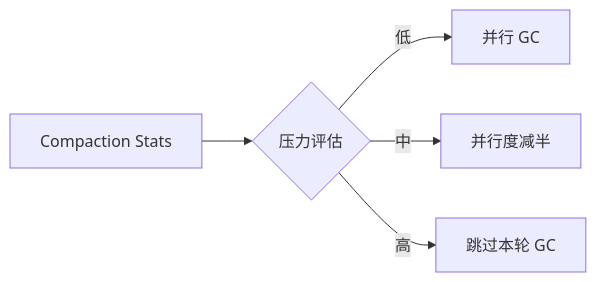
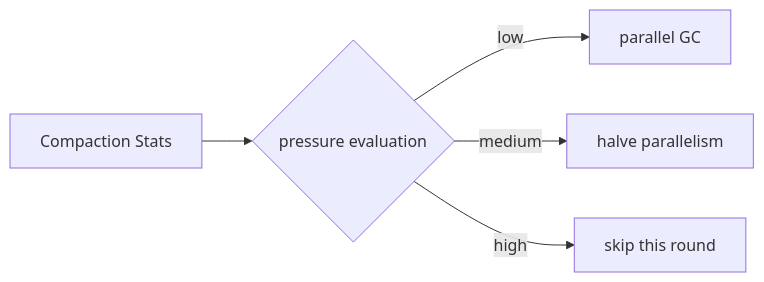
The seventh of 7 diagrams in docs/notes/2026-02-05-vlog-design-and-gc.md (feichai0017/NoKV), drawn with Mermaid before and after one commit. The commit also changed other lines of this file and 23 other files, not shown here.

````diff
--- a/docs/notes/2026-02-05-vlog-design-and-gc.md
+++ b/docs/notes/2026-02-05-vlog-design-and-gc.md
@@ -222,7 +222,7 @@
 ```mermaid
 flowchart LR
-  A["Compaction Stats"] --> B{"压力评估"}
-  B -->|低| C["并行 GC"]
-  B -->|中| D["并行度减半"]
-  B -->|高| E["跳过本轮 GC"]
+  A["Compaction Stats"] --> B{"pressure evaluation"}
+  B -->|low| C["parallel GC"]
+  B -->|medium| D["halve parallelism"]
+  B -->|high| E["skip this round"]
 ```
````
